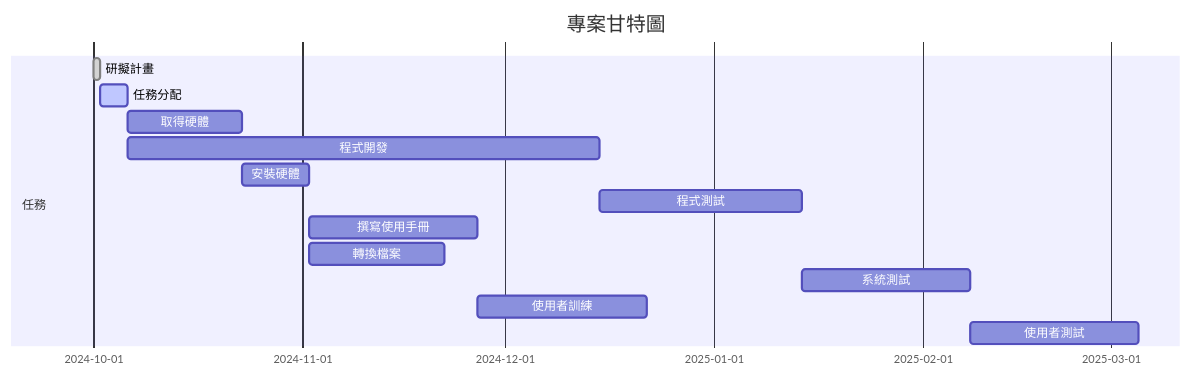
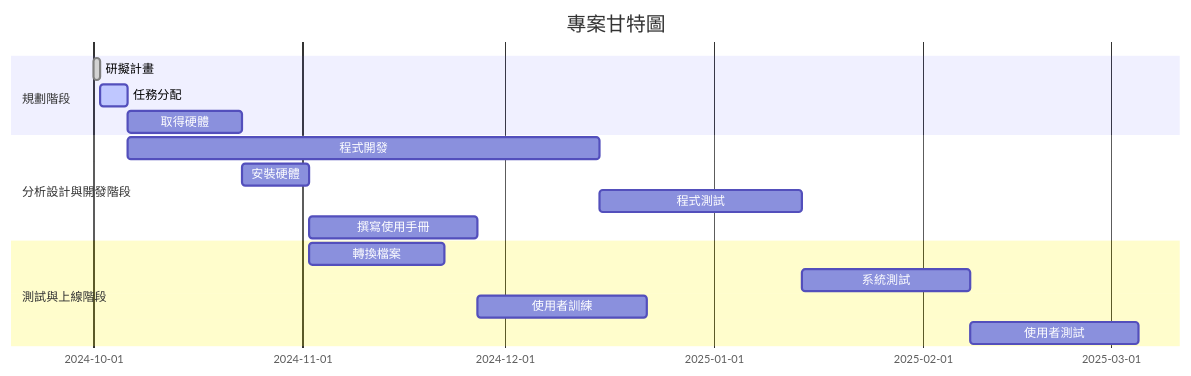
One commit to isKaitea/113-1A-homework changed the second of 2 diagrams in hw2.md. Above: the diagram before and after it, drawn with Mermaid.

Commit message:
表格

````diff
--- a/hw2.md
+++ b/hw2.md
@@ -37,17 +37,19 @@
 ```mermaid
 gantt
     title 專案甘特圖
     dateFormat  YYYY-MM-DD
-    section 任務
+    section 規劃階段
     研擬計畫           :done,    a1, 2024-010-01, 1d
     任務分配           :active,  a2, after a1, 4d
     取得硬體           :         a3, after a2, 17d
+    section 分析設計與開發階段
     程式開發           :         a4, after a2, 70d
     安裝硬體           :         a5, after a3, 10d
     程式測試           :         a6, after a4, 30d
     撰寫使用手冊       :         a7, after a5, 25d
+    section 測試與上線階段
     轉換檔案           :         a8, after a5, 20d
     系統測試           :         a9, after a6, 25d
     使用者訓練         :         a10, after a7, 25d
     使用者測試         :         a11, after a9, 25d 
 ```
````
